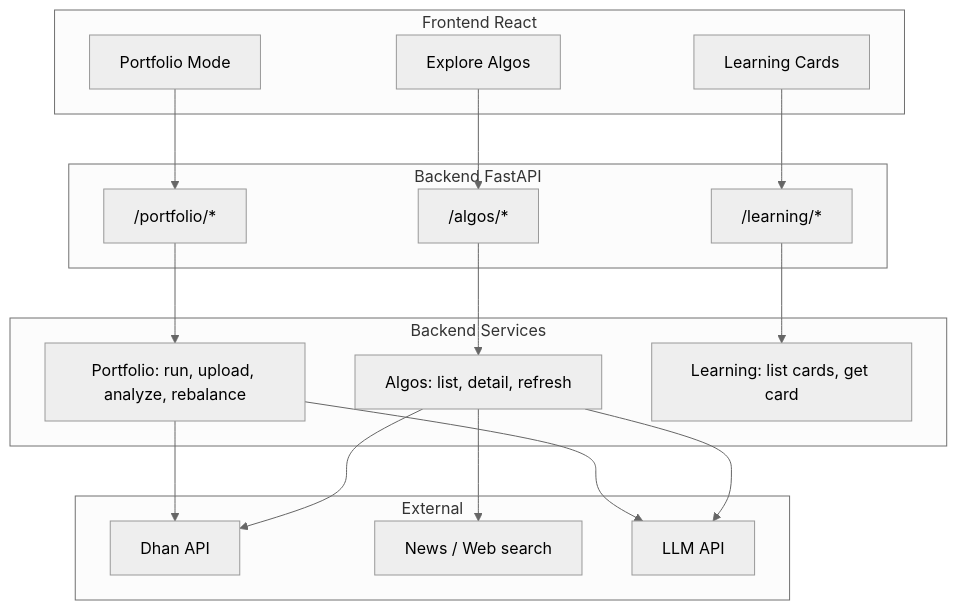
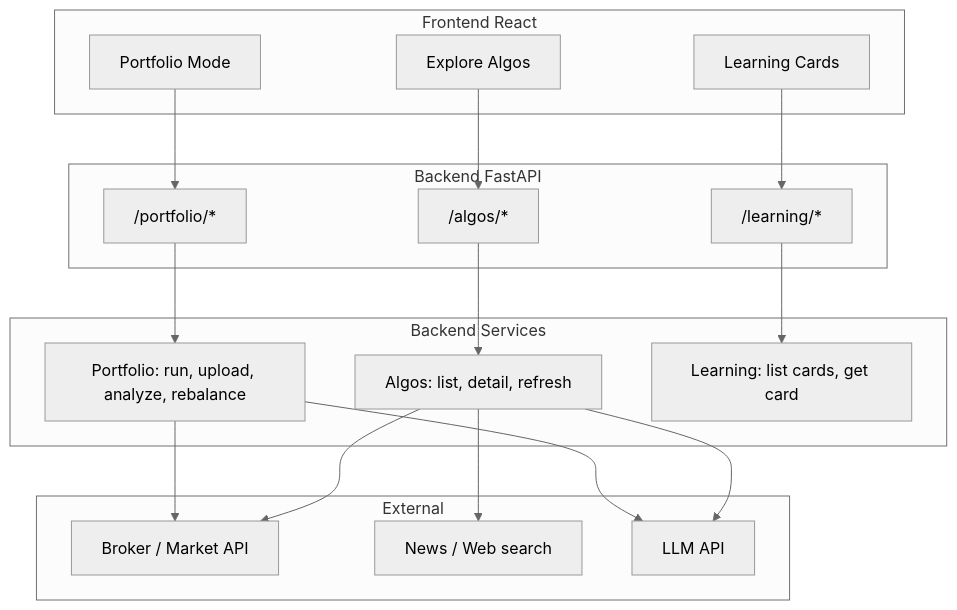
One commit to murugadossp/SmartAlgoTrading changed the diagram in docs/design.md. Above: the diagram before and after it, drawn with Mermaid (neutral theme). The commit also changed other lines of this file and 60 other files, not shown here.

````diff
--- a/docs/design.md
+++ b/docs/design.md
@@ -24,34 +24,34 @@
 ```mermaid
 flowchart TB
   subgraph client [Frontend React]
     PM[Portfolio Mode]
     EA[Explore Algos]
     LC[Learning Cards]
   end
   subgraph backendApi [Backend FastAPI]
     R1["/portfolio/*"]
     R2["/algos/*"]
     R3["/learning/*"]
   end
   subgraph services [Backend Services]
     Portfolio["Portfolio: run, upload, analyze, rebalance"]
     Algos["Algos: list, detail, refresh"]
     Learning["Learning: list cards, get card"]
   end
   subgraph external [External]
-    Dhan[Dhan API]
+    Broker["Broker / Market API"]
     News["News / Web search"]
     LLM[LLM API]
   end
   PM --> R1
   EA --> R2
   LC --> R3
   R1 --> Portfolio
   R2 --> Algos
   R3 --> Learning
-  Portfolio --> Dhan
+  Portfolio --> Broker
   Portfolio --> LLM
-  Algos --> Dhan
+  Algos --> Broker
   Algos --> News
   Algos --> LLM
 ```
````
